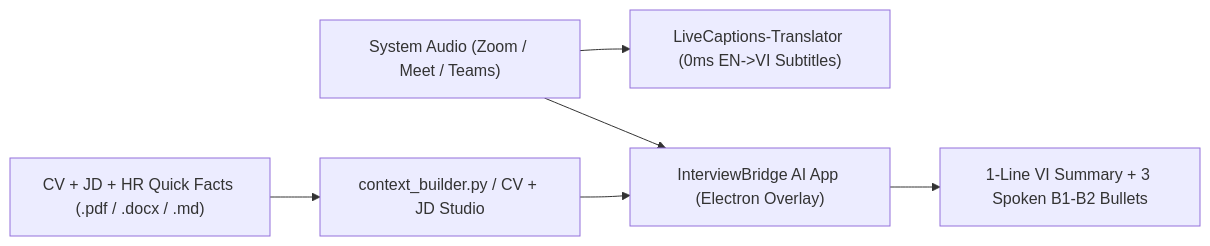
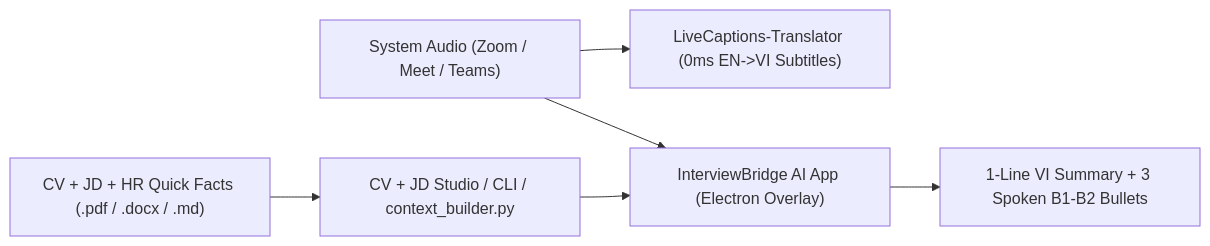
The diagram in README.md (khoazandev/InterviewBridge-AI), drawn with Mermaid before and after one commit. The commit also changed other lines of this file and 6 other files, not shown here.

````diff
--- a/README.md
+++ b/README.md
@@ -15,8 +50,8 @@
 ```mermaid
 flowchart LR
     Audio["System Audio (Zoom / Meet / Teams)"] --> LCT["LiveCaptions-Translator (0ms EN->VI Subtitles)"]
     Audio --> App["InterviewBridge AI App (Electron Overlay)"]
-    Inputs["CV + JD + HR Quick Facts (.pdf / .docx / .md)"] --> Sync["context_builder.py / CV + JD Studio"]
+    Inputs["CV + JD + HR Quick Facts (.pdf / .docx / .md)"] --> Sync["CV + JD Studio / CLI / context_builder.py"]
     Sync --> App
     App --> Out["1-Line VI Summary + 3 Spoken B1-B2 Bullets"]
 ```
````
